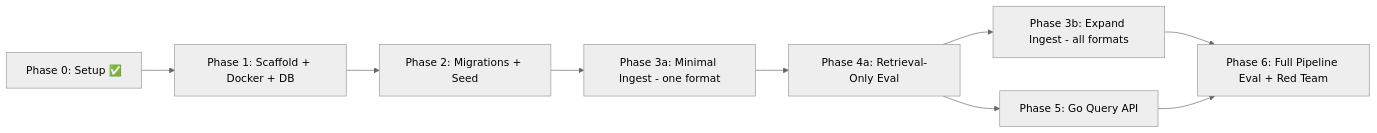
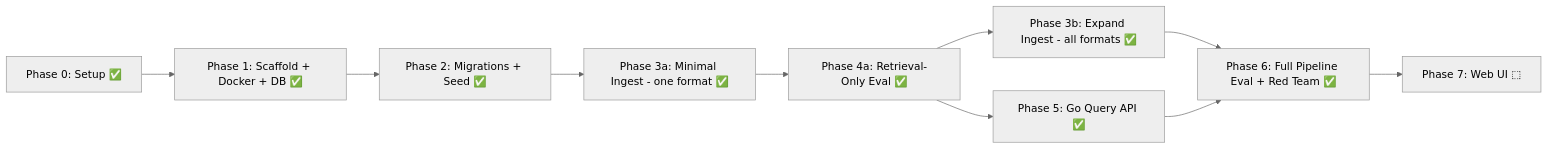
The first of 3 diagrams in plans/implementation-plan.md (jharjadi/pro-rag), drawn with Mermaid (neutral theme) before and after one commit. The commit also changed other lines of this file and 90 other files, not shown here.

````diff
--- a/plans/implementation-plan.md
+++ b/plans/implementation-plan.md
@@ -16,11 +16,12 @@
 ```mermaid
 graph LR
-    P0[Phase 0: Setup ✅] --> P1[Phase 1: Scaffold + Docker + DB]
-    P1 --> P2[Phase 2: Migrations + Seed]
-    P2 --> P3a[Phase 3a: Minimal Ingest - one format]
-    P3a --> P4a[Phase 4a: Retrieval-Only Eval]
-    P4a --> P3b[Phase 3b: Expand Ingest - all formats]
-    P4a --> P5[Phase 5: Go Query API]
-    P3b --> P6[Phase 6: Full Pipeline Eval + Red Team]
+    P0[Phase 0: Setup ✅] --> P1[Phase 1: Scaffold + Docker + DB ✅]
+    P1 --> P2[Phase 2: Migrations + Seed ✅]
+    P2 --> P3a[Phase 3a: Minimal Ingest - one format ✅]
+    P3a --> P4a[Phase 4a: Retrieval-Only Eval ✅]
+    P4a --> P3b[Phase 3b: Expand Ingest - all formats ✅]
+    P4a --> P5[Phase 5: Go Query API ✅]
+    P3b --> P6[Phase 6: Full Pipeline Eval + Red Team ✅]
     P5 --> P6
+    P6 --> P7[Phase 7: Web UI ⬚]
 ```
````
